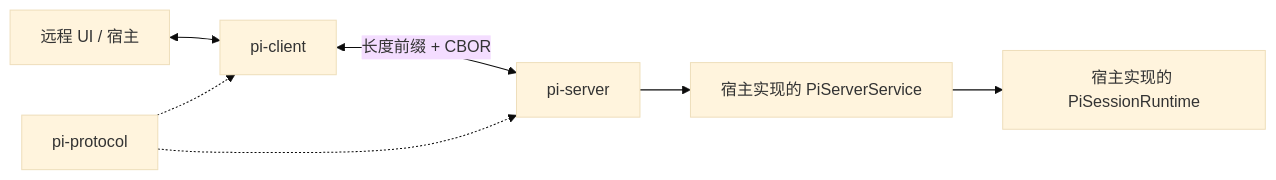
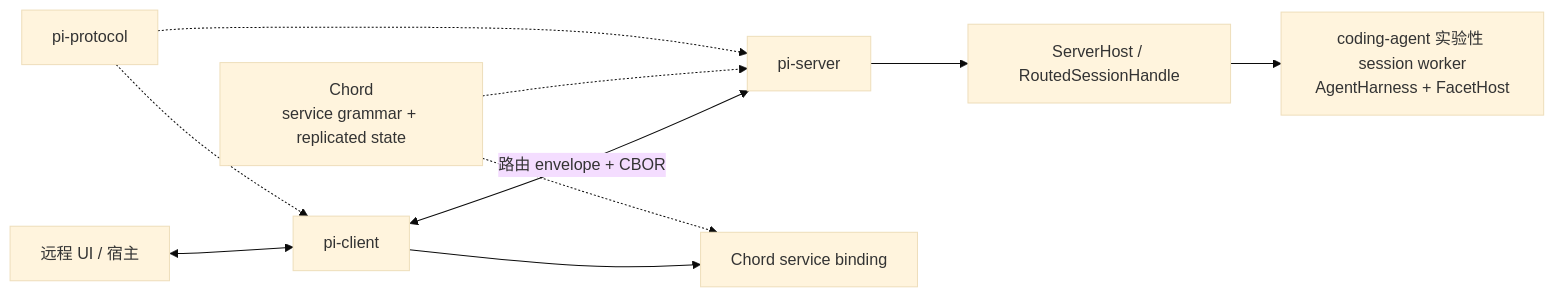
One commit to tcy1999/pi changed the third of 3 diagrams in architecture-analysis/01-architecture-overview.md. Above: the diagram before and after it, drawn with Mermaid (base theme). The commit also changed other lines of this file and 24 other files, not shown here.

````diff
--- a/architecture-analysis/01-architecture-overview.md
+++ b/architecture-analysis/01-architecture-overview.md
@@ -111,9 +121,12 @@
 ```mermaid
 flowchart LR
   APP["远程 UI / 宿主"] <--> CLIENT["pi-client"]
-  CLIENT <-->|"长度前缀 + CBOR"| SERVER["pi-server"]
-  SERVER --> SERVICE["宿主实现的 PiServerService"]
-  SERVICE --> RUNTIME["宿主实现的 PiSessionRuntime"]
+  CLIENT <-->|"路由 envelope + CBOR"| SERVER["pi-server"]
+  CLIENT --> BINDING["Chord service binding"]
+  SERVER --> HOST["ServerHost / RoutedSessionHandle"]
+  HOST --> WORKER["coding-agent 实验性 session worker\nAgentHarness + FacetHost"]
+  CHORD["Chord\nservice grammar + replicated state"] -.-> BINDING
+  CHORD -.-> SERVER
   PROTOCOL["pi-protocol"] -.-> CLIENT
   PROTOCOL -.-> SERVER
 ```
````
